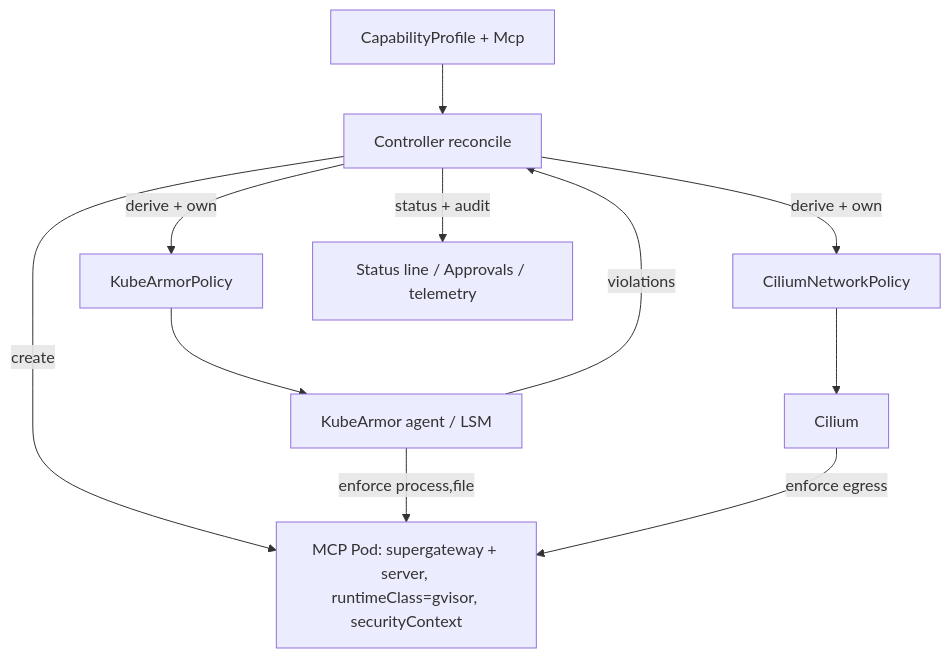
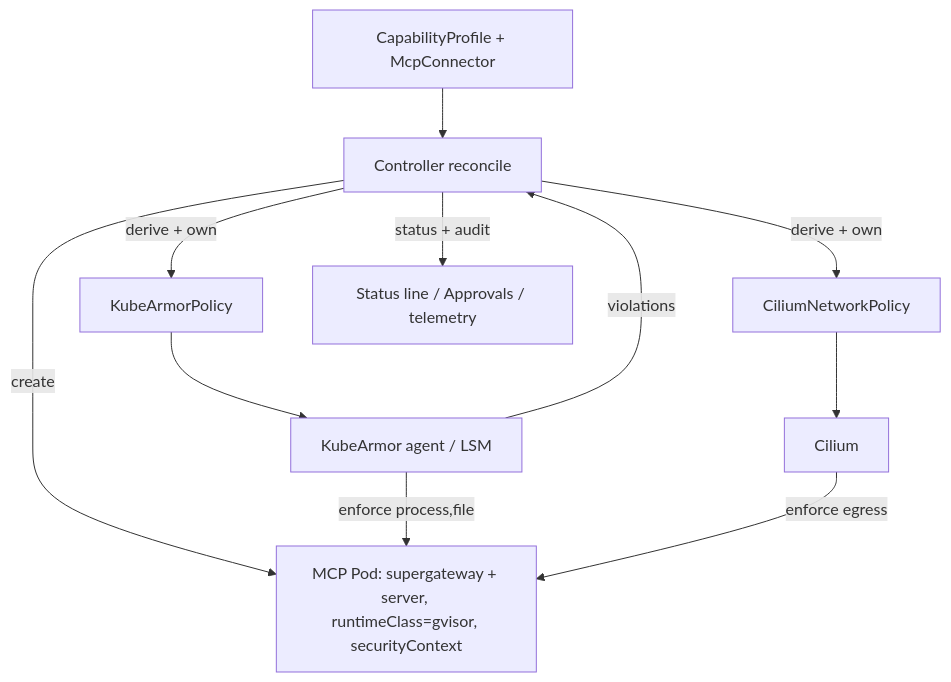
One commit to yurifrl/tennon changed the diagram in docs/09-capability-architecture.md. Above: the diagram before and after it, drawn with Mermaid. The commit also changed other lines of this file and 23 other files, not shown here.

````diff
--- a/docs/09-capability-architecture.md
+++ b/docs/09-capability-architecture.md
@@ -59,12 +59,12 @@
 ```mermaid
 graph TD
-  CP[CapabilityProfile + Mcp] --> REC[Controller reconcile]
+  CP[CapabilityProfile + McpConnector] --> REC[Controller reconcile]
   REC -->|create| POD[MCP Pod: supergateway + server, runtimeClass=gvisor, securityContext]
   REC -->|derive + own| CIL[CiliumNetworkPolicy]
   REC -->|derive + own| KA[KubeArmorPolicy]
   KAAG[KubeArmor agent / LSM] -->|enforce process,file| POD
   CIL --> CILAG[Cilium] -->|enforce egress| POD
   KA --> KAAG
   KAAG -->|violations| REC
   REC -->|status + audit| UI[Status line / Approvals / telemetry]
 ```
````
